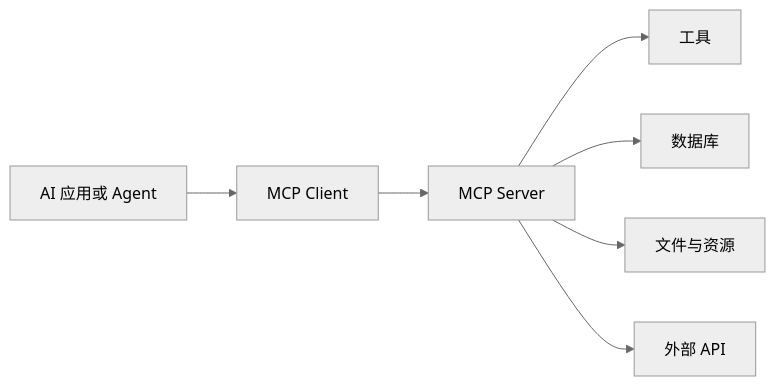
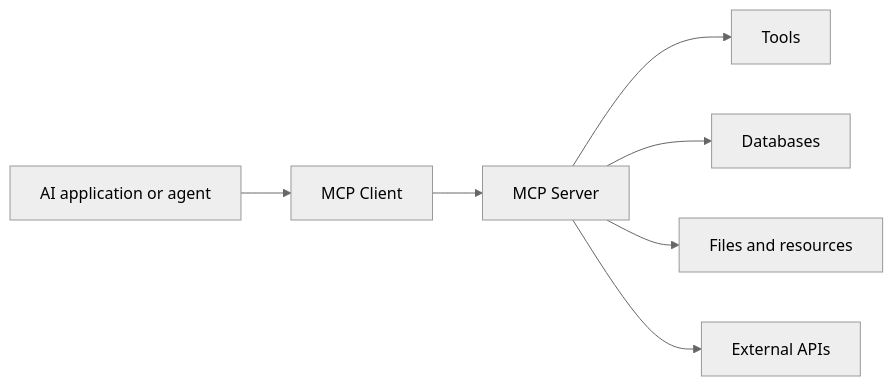
One commit to oneleaveknowsthefall/awesome-ai-roadmap changed the first of 3 diagrams in docs/agent/01-foundations/01-agent-foundations.md. Above: the diagram before and after it, drawn with Mermaid (neutral theme). The commit also changed other lines of this file and 68 other files, not shown here.

````diff
--- a/docs/agent/01-foundations/01-agent-foundations.md
+++ b/docs/agent/01-foundations/01-agent-foundations.md
@@ -176,9 +176,9 @@
 ```mermaid
 flowchart LR
-    A[AI 应用或 Agent] --> B[MCP Client]
+    A[AI application or agent] --> B[MCP Client]
     B --> C[MCP Server]
-    C --> D[工具]
-    C --> E[数据库]
-    C --> F[文件与资源]
-    C --> G[外部 API]
+    C --> D[Tools]
+    C --> E[Databases]
+    C --> F[Files and resources]
+    C --> G[External APIs]
 ```
````
